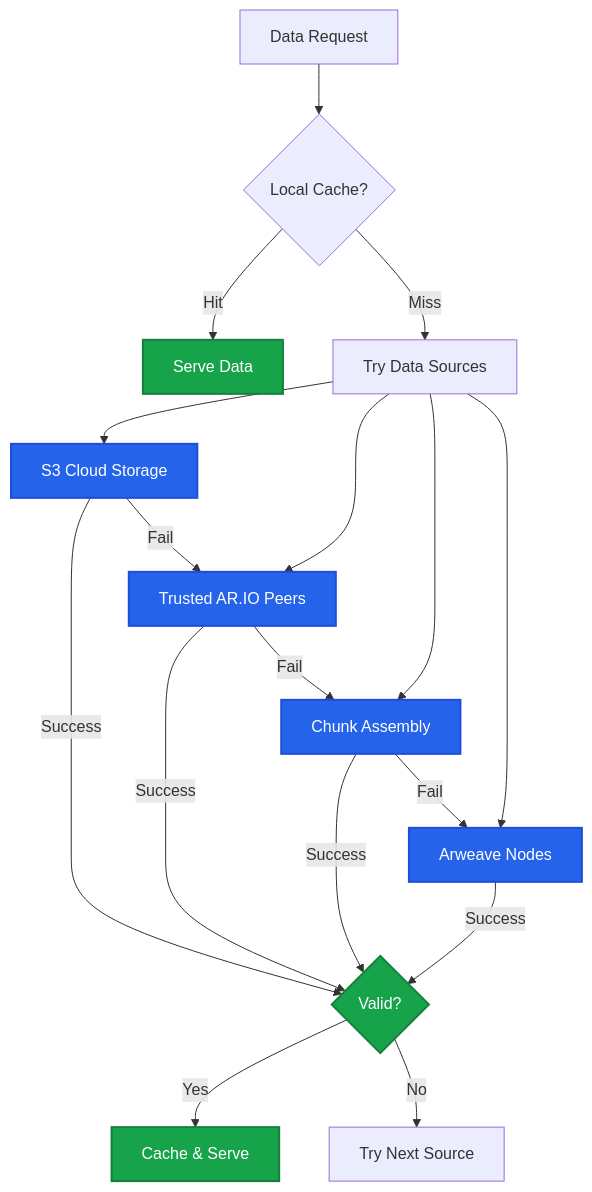
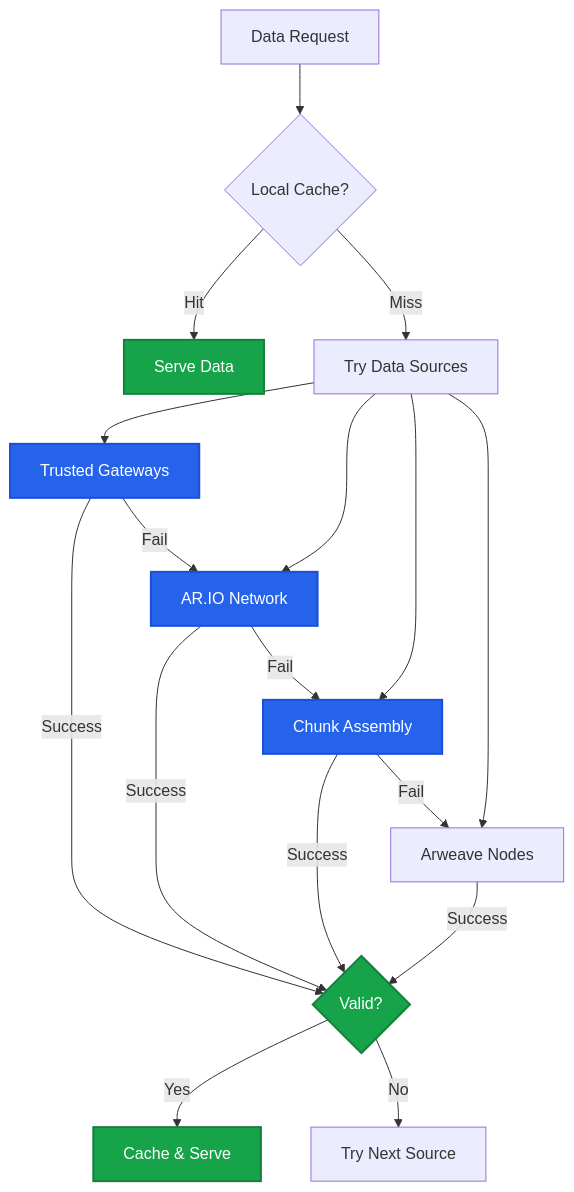
Before and after one commit to ar-io/docs: the first of 2 diagrams in content/learn/gateways/data-retrieval.mdx, drawn with Mermaid. The commit also changed other lines of this file and 2 other files, not shown here.

````diff
--- a/content/learn/gateways/data-retrieval.mdx
+++ b/content/learn/gateways/data-retrieval.mdx
@@ -12,29 +14,29 @@
 ```mermaid
 graph TD
     REQUEST[Data Request] --> CACHE{Local Cache?}
     CACHE -->|Hit| SERVE[Serve Data]
     CACHE -->|Miss| SOURCES[Try Data Sources]
     
-    SOURCES --> S3[S3 Cloud Storage]
-    SOURCES --> PEERS[Trusted AR.IO Peers]
+    SOURCES --> TRUSTED[Trusted Gateways]
+    SOURCES --> NETWORK[AR.IO Network]
     SOURCES --> CHUNKS[Chunk Assembly]
     SOURCES --> ARWEAVE[Arweave Nodes]
     
-    S3 -->|Success| VALIDATE
-    PEERS -->|Success| VALIDATE
+    TRUSTED -->|Success| VALIDATE
+    NETWORK -->|Success| VALIDATE
     CHUNKS -->|Success| VALIDATE
     ARWEAVE -->|Success| VALIDATE
     
-    S3 -->|Fail| PEERS
-    PEERS -->|Fail| CHUNKS
+    TRUSTED -->|Fail| NETWORK
+    NETWORK -->|Fail| CHUNKS
     CHUNKS -->|Fail| ARWEAVE
     
     VALIDATE{Valid?} -->|Yes| STORE[Cache & Serve]
     VALIDATE -->|No| NEXT[Try Next Source]
     
     classDef source fill:#2563eb,stroke:#1d4ed8,stroke-width:2px,color:#fff
     classDef process fill:#16a34a,stroke:#15803d,stroke-width:2px,color:#fff
     
-    class S3,PEERS,CHUNKS,ARWEAVE source
+    class TRUSTED,NETWORK,CHUNKS,TXDATA source
     class VALIDATE,SERVE,STORE process
 ```
````
